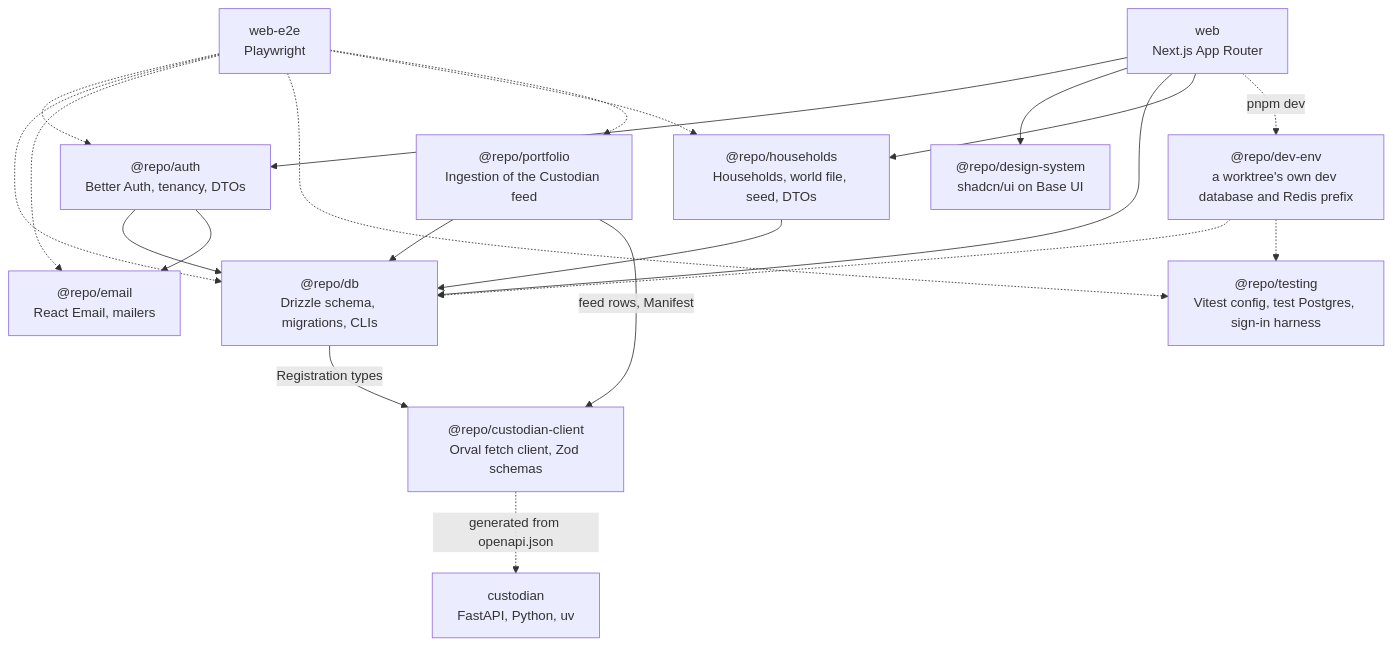
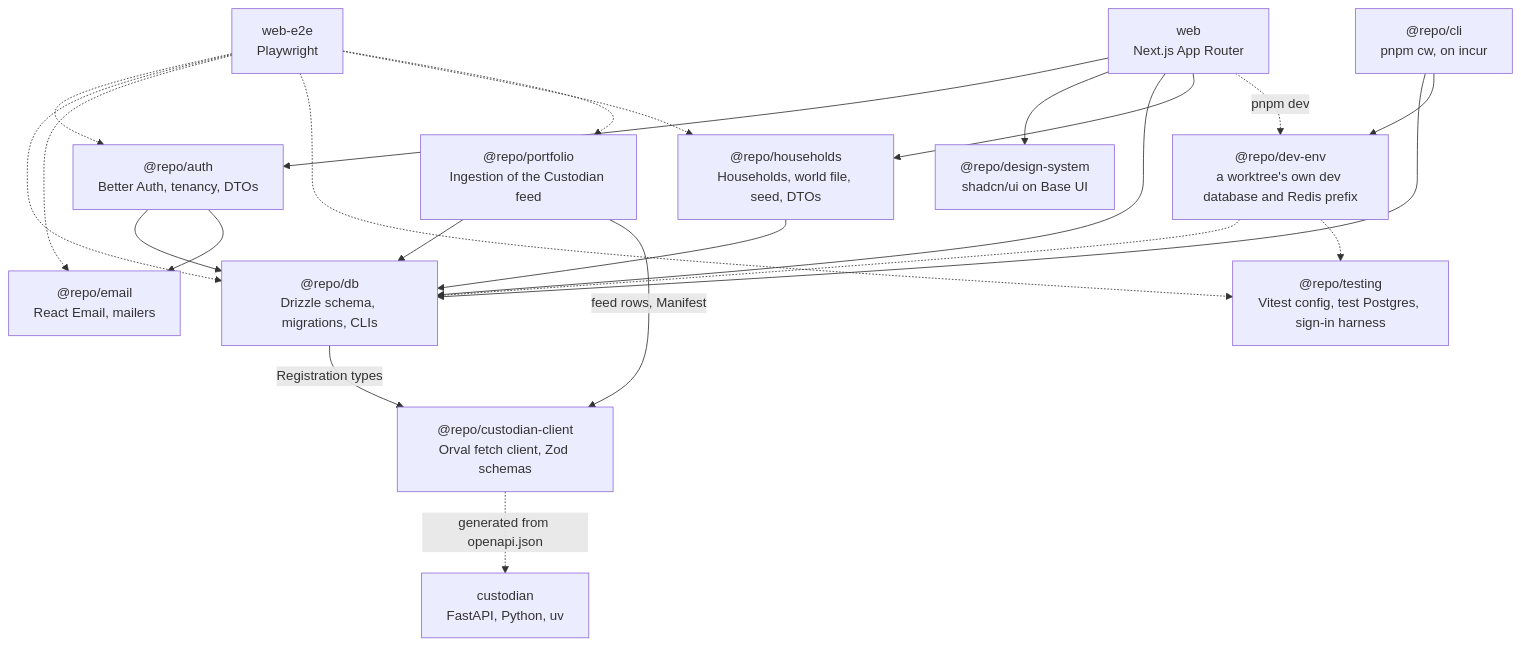
One commit to m0t0r/cognitive-wealth changed the diagram in docs/diagrams/packages.mmd. Above: the diagram before and after it, drawn with Mermaid. The commit also changed 39 other files, not shown here.

```diff
--- a/docs/diagrams/packages.mmd
+++ b/docs/diagrams/packages.mmd
@@ -1,37 +1,41 @@
 flowchart TB
   web["web<br/>Next.js App Router"]
   e2e["web-e2e<br/>Playwright"]
   auth["@repo/auth<br/>Better Auth, tenancy, DTOs"]
   ds["@repo/design-system<br/>shadcn/ui on Base UI"]
   db["@repo/db<br/>Drizzle schema, migrations, CLIs"]
   email["@repo/email<br/>React Email, mailers"]
   households["@repo/households<br/>Households, world file, seed, DTOs"]
   portfolio["@repo/portfolio<br/>Ingestion of the Custodian feed"]
   testing["@repo/testing<br/>Vitest config, test Postgres, sign-in harness"]
   devenv["@repo/dev-env<br/>a worktree's own dev database and Redis prefix"]
+  cli["@repo/cli<br/>pnpm cw, on incur"]
   custodian["custodian<br/>FastAPI, Python, uv"]
   client["@repo/custodian-client<br/>Orval fetch client, Zod schemas"]
 
   web --> auth
   web --> ds
   web --> db
   web --> households
   auth --> db
   auth --> email
   households --> db
   portfolio --> db
   portfolio -->|"feed rows, Manifest"| client
   db -->|"Registration types"| client
 
   e2e -.-> auth
   e2e -.-> db
   e2e -.-> email
   e2e -.-> testing
   e2e -.-> households
   e2e -.-> portfolio
 
   web -.->|"pnpm dev"| devenv
   devenv -.-> db
   devenv -.-> testing
 
+  cli --> db
+  cli --> devenv
+
   client -.->|"generated from openapi.json"| custodian
```
